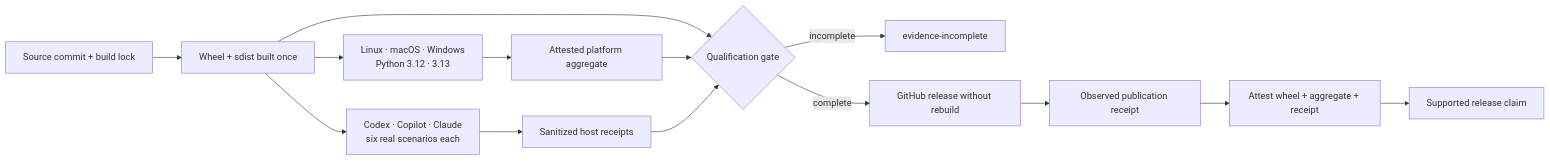
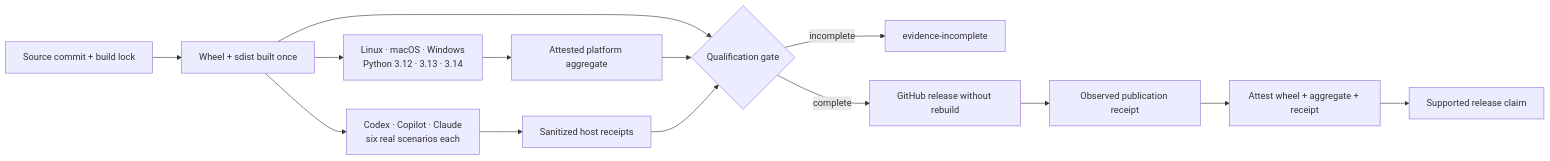
One commit to vishrutsinghal/TailTrail changed the tenth of 10 diagrams in COMPLETE-END-TO-END-WORKFLOW.md. Above: the diagram before and after it, drawn with Mermaid. The commit also changed other lines of this file and 26 other files, not shown here.

````diff
--- a/COMPLETE-END-TO-END-WORKFLOW.md
+++ b/COMPLETE-END-TO-END-WORKFLOW.md
@@ -477,14 +477,14 @@
 ```mermaid
 flowchart LR
     S[Source commit + build lock] --> B[Wheel + sdist built once]
-    B --> P[Linux · macOS · Windows<br/>Python 3.12 · 3.13]
+    B --> P[Linux · macOS · Windows<br/>Python 3.12 · 3.13 · 3.14]
     B --> H[Codex · Copilot · Claude<br/>six real scenarios each]
     P --> PA[Attested platform aggregate]
     H --> HR[Sanitized host receipts]
     B & PA & HR --> G{Qualification gate}
     G -->|incomplete| EI[evidence-incomplete]
     G -->|complete| PUB[GitHub release without rebuild]
     PUB --> PR[Observed publication receipt]
     PR --> ATT[Attest wheel + aggregate + receipt]
     ATT --> SUP[Supported release claim]
 ```
````
